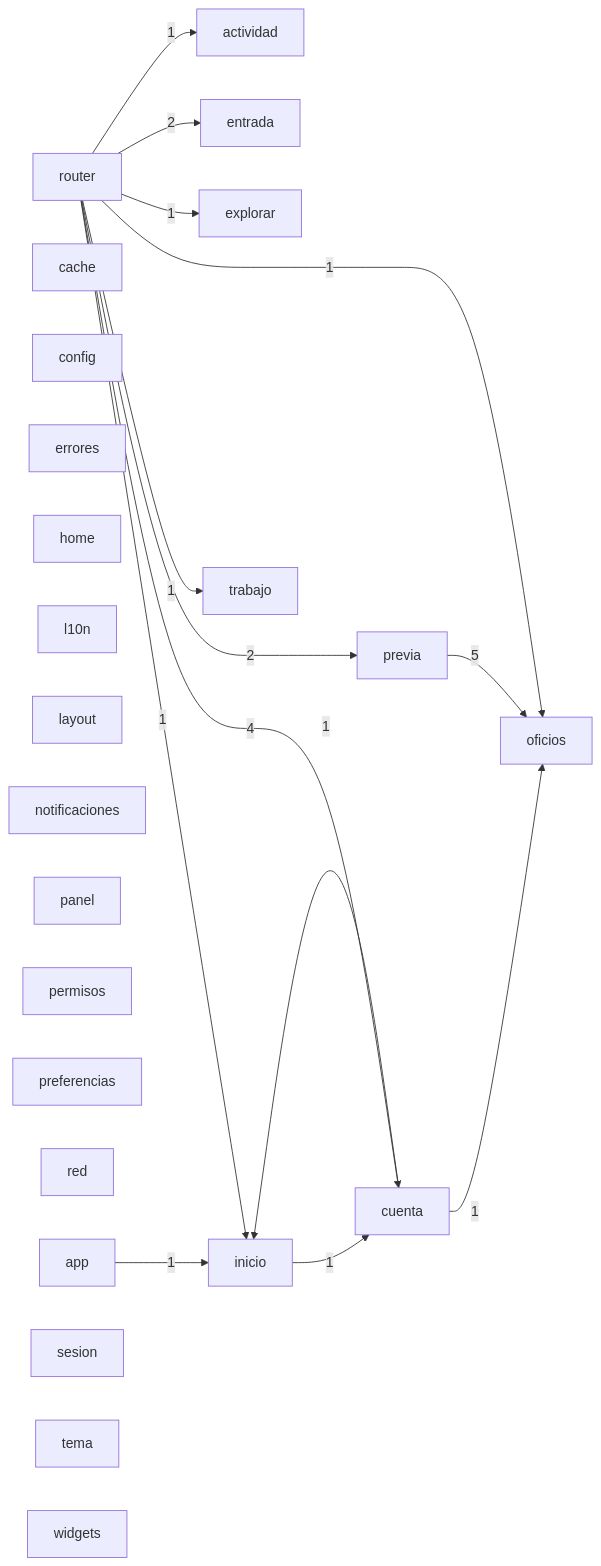
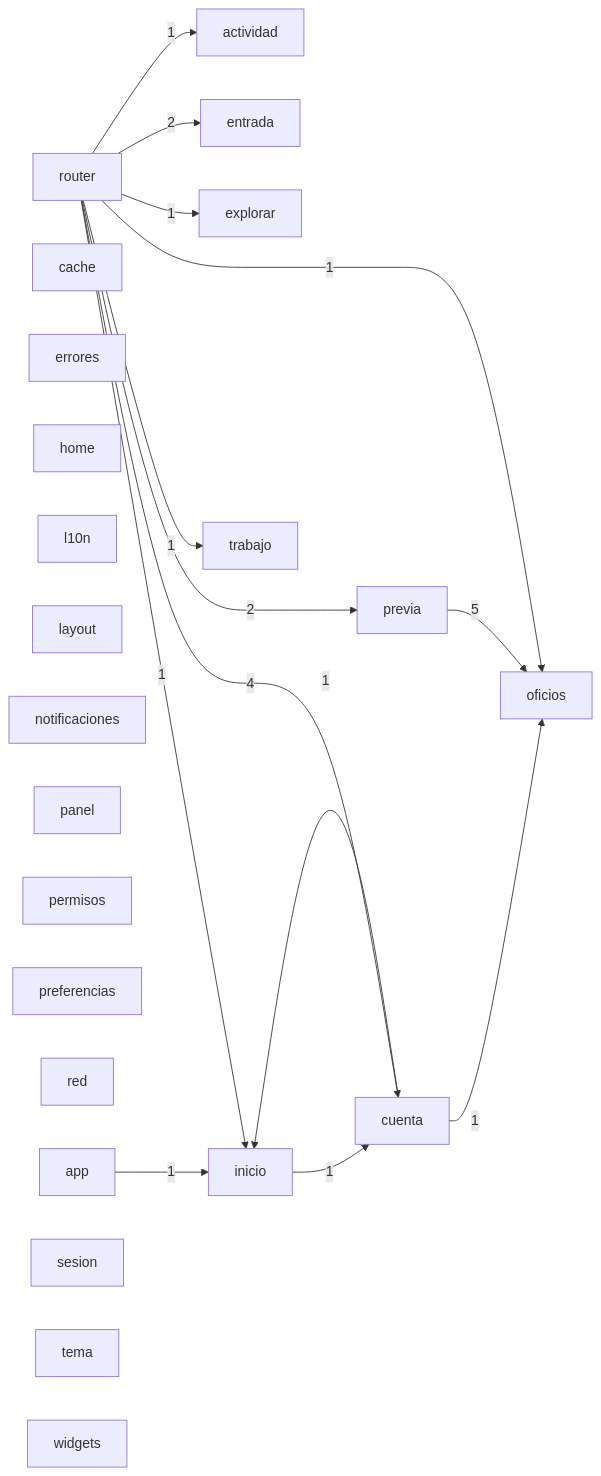
The diagram in docs/architecture/modules.mmd (Tensei-Devs/knock-frontend), drawn with Mermaid before and after one commit. The commit also changed 7 other files, not shown here.

```diff
--- a/docs/architecture/modules.mmd
+++ b/docs/architecture/modules.mmd
@@ -1,38 +1,37 @@
 graph LR
   actividad["actividad"]
   app["app"]
   cache["cache"]
-  config["config"]
   cuenta["cuenta"]
   entrada["entrada"]
   errores["errores"]
   explorar["explorar"]
   home["home"]
   inicio["inicio"]
   l10n["l10n"]
   layout["layout"]
   notificaciones["notificaciones"]
   oficios["oficios"]
   panel["panel"]
   permisos["permisos"]
   preferencias["preferencias"]
   previa["previa"]
   red["red"]
   router["router"]
   sesion["sesion"]
   tema["tema"]
   trabajo["trabajo"]
   widgets["widgets"]
   app -->|1| inicio
   cuenta -->|1| inicio
   cuenta -->|1| oficios
   inicio -->|1| cuenta
   previa -->|5| oficios
   router -->|1| actividad
   router -->|4| cuenta
   router -->|2| entrada
   router -->|1| explorar
   router -->|1| inicio
   router -->|1| oficios
   router -->|2| previa
   router -->|1| trabajo
```
